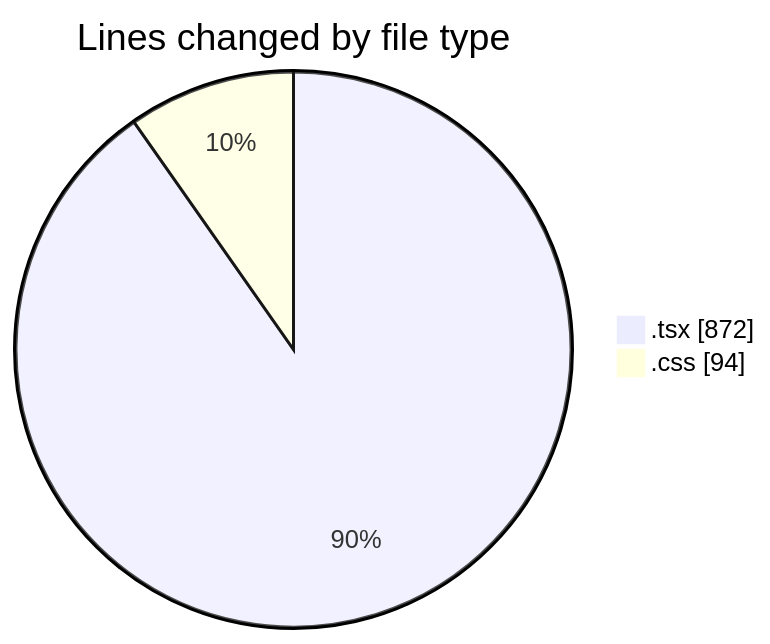
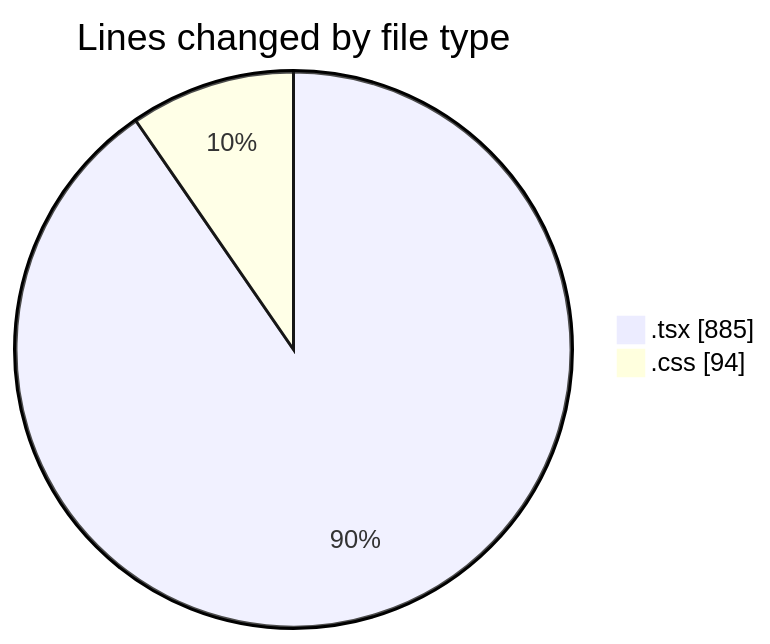
Before and after one commit to donsfak/code-tracking: the first of 2 diagrams in 2025-02-07/portofolio/README.md, drawn with Mermaid. The commit also changed other lines of this file and 1 other file, not shown here.

````diff
--- a/2025-02-07/portofolio/README.md
+++ b/2025-02-07/portofolio/README.md
@@ -21,6 +21,6 @@
 ```mermaid
 pie showData
 title Lines changed by file type
-".tsx" : 872
+".tsx" : 885
 ".css" : 94
 ```
````
